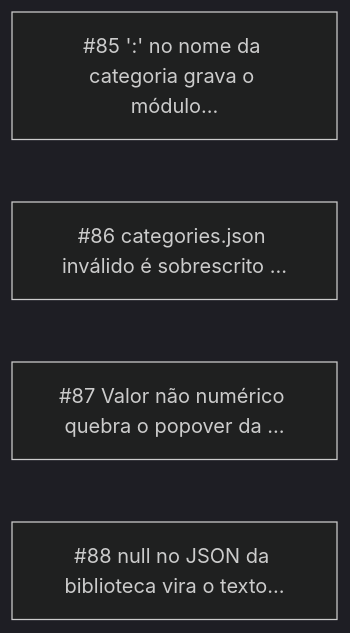
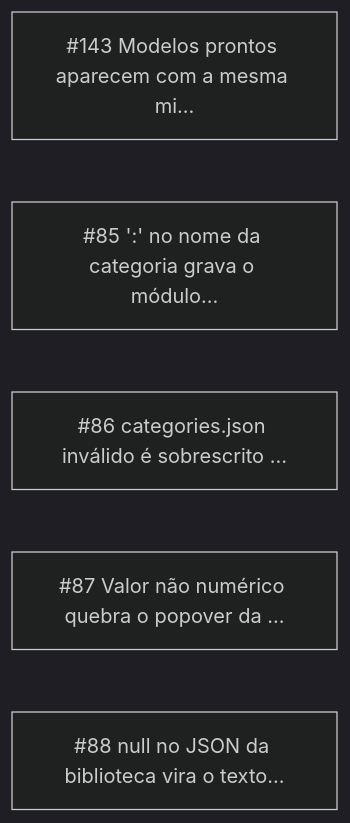
The diagram in _reversa_bugs/library_panel/generated/graph.md (CAFFDIGITALPLATFORM/caffmob_draw), drawn with Mermaid (dark theme) before and after one commit. The commit also changed other lines of this file and 127 other files, not shown here.

First line of the commit message:
fix(library_panel): miniatura desenhada por modelo pronto na grade (BUG-20261014-RWU2)

````diff
--- a/_reversa_bugs/library_panel/generated/graph.md
+++ b/_reversa_bugs/library_panel/generated/graph.md
@@ -5,7 +5,8 @@
 ```mermaid
 graph LR
+  BUG_20261014_RWU2["#143 Modelos prontos aparecem com a mesma mi…"]
   BUG_20261011_3UWR["#85 ':' no nome da categoria grava o módulo…"]
   BUG_20261011_C7IK["#86 categories.json inválido é sobrescrito …"]
   BUG_20261011_2HDG["#87 Valor não numérico quebra o popover da …"]
   BUG_20261011_NCPI["#88 null no JSON da biblioteca vira o texto…"]
 ```
````
